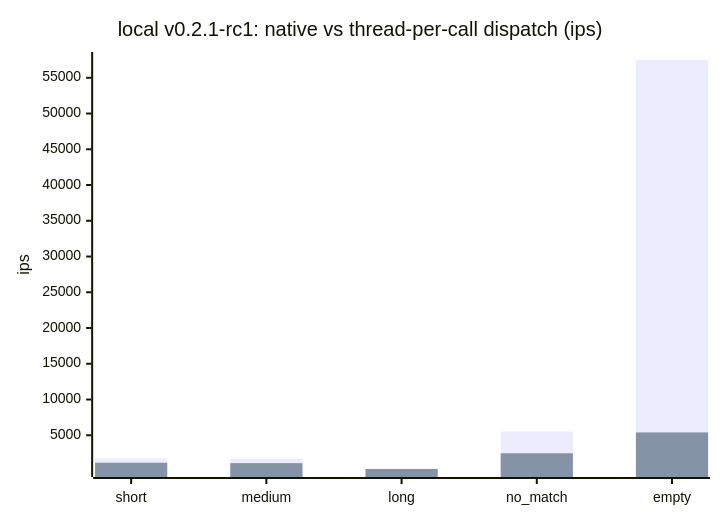
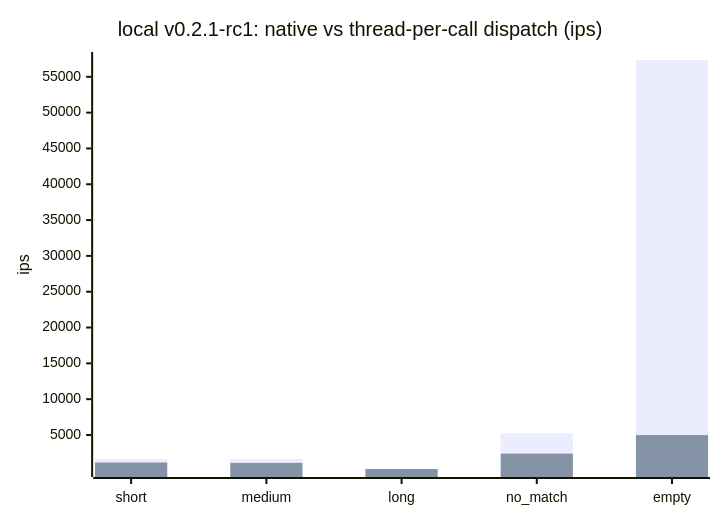
One commit to cpb/duckling changed the third of 5 diagrams in docs/benchmarks/README.md. Above: the diagram before and after it, drawn with Mermaid. The commit also changed other lines of this file and 3 other files, not shown here.

````diff
--- a/docs/benchmarks/README.md
+++ b/docs/benchmarks/README.md
@@ -124,8 +124,8 @@
 ```mermaid
 xychart-beta
     title "local v0.2.1-rc1: native vs thread-per-call dispatch (ips)"
     x-axis [short, medium, long, no_match, empty]
     y-axis "ips"
-    bar "native" [1764.7, 1752.8, 317.0, 5523.6, 57487.9]
-    bar "thread-per-call" [1154.4, 1095.9, 279.2, 2477.0, 5396.2]
+    bar "native" [1649.5, 1640.8, 305.6, 5245.1, 57346.4]
+    bar "thread-per-call" [1159.0, 1110.2, 252.3, 2399.9, 4986.6]
 ```
````
